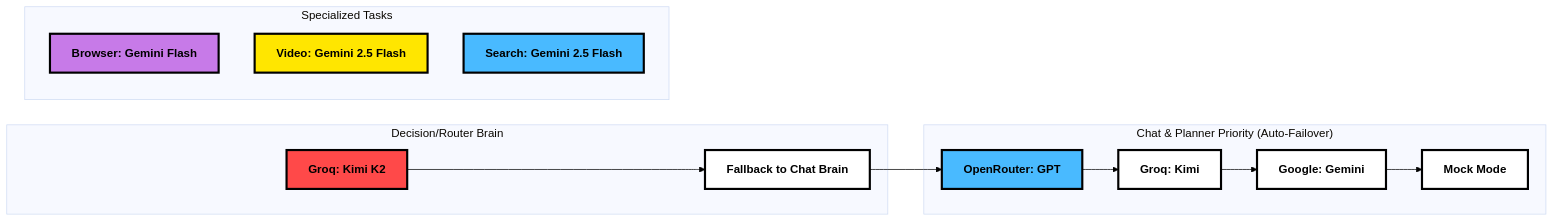
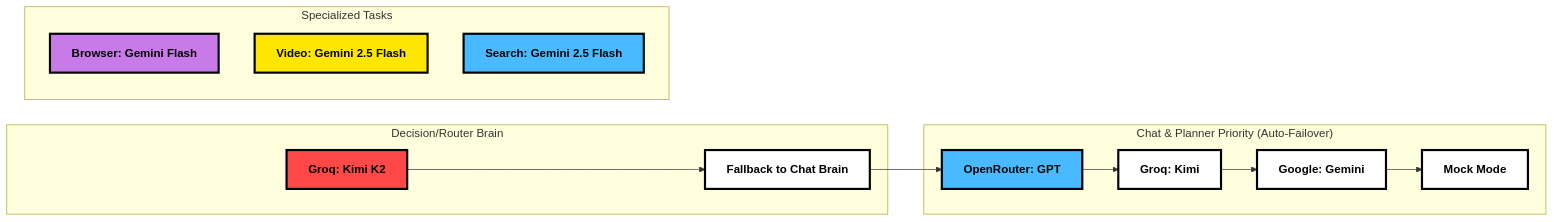
One commit to Garvit1000/nexus changed the second of 6 diagrams in README.md. Above: the diagram before and after it, drawn with Mermaid. The commit also changed other lines of this file, not shown here.

Commit message:
fix: adapt mermaid diagrams for dark mode visibility

````diff
--- a/README.md
+++ b/README.md
@@ -97,25 +97,25 @@
 ```mermaid
-%%{init: {"theme": "base", "themeVariables": {"fontFamily": "monospace", "lineColor": "#000"}}}%%
+%%{init: {"themeVariables": {"fontFamily": "monospace"}}}%%
 graph LR
     classDef default fill:#fff,stroke:#000,stroke-width:3px,color:#000,font-weight:bold;
     classDef highlight fill:#ffe600,stroke:#000,stroke-width:3px,color:#000,font-weight:bold;
     classDef secondary fill:#ff4949,stroke:#000,stroke-width:3px,color:#000,font-weight:bold;
     classDef tertiary fill:#49baff,stroke:#000,stroke-width:3px,color:#000,font-weight:bold;
     classDef purple fill:#c77ae8,stroke:#000,stroke-width:3px,color:#000,font-weight:bold;
     subgraph "Decision/Router Brain"
         R1[Groq: Kimi K2]:::secondary --> R2[Fallback to Chat Brain]
     end
 
     subgraph "Chat & Planner Priority (Auto-Failover)"
         C1[OpenRouter: GPT]:::tertiary --> C2[Groq: Kimi] --> C3[Google: Gemini] --> C4[Mock Mode]
     end
 
     subgraph "Specialized Tasks"
         S1[Browser: Gemini Flash]:::purple
         S2[Video: Gemini 2.5 Flash]:::highlight
         S3[Search: Gemini 2.5 Flash]:::tertiary
     end
 
     R2 --> C1
 
 ```
````
